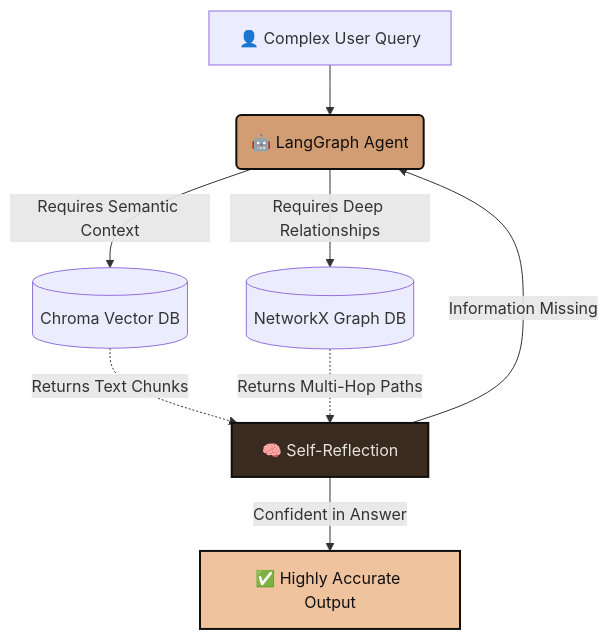
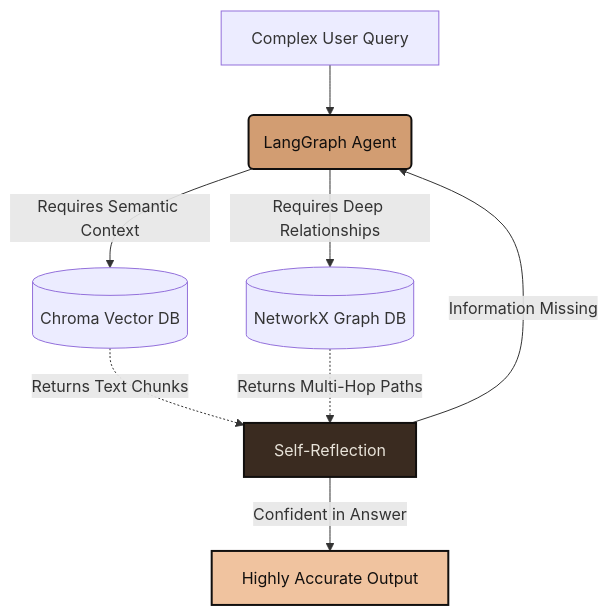
The diagram in docs/src/content/docs/guides/architecture.md (Saaalil/DocRagGraph), drawn with Mermaid before and after one commit.

Commit message:
Strip emojis from Mermaid to prevent MDX plugin corruption

```diff
--- a/docs/src/content/docs/guides/architecture.md
+++ b/docs/src/content/docs/guides/architecture.md
@@ -23,17 +23,17 @@
 <div class="mermaid">
 graph TD
-    A["👤 Complex User Query"] --> B("🤖 LangGraph Agent")
+    A[Complex User Query] --> B(LangGraph Agent)
     
-    B -->|"Requires Semantic Context"| C[("Chroma Vector DB")]
-    B -->|"Requires Deep Relationships"| D[("NetworkX Graph DB")]
+    B -->|Requires Semantic Context| C[(Chroma Vector DB)]
+    B -->|Requires Deep Relationships| D[(NetworkX Graph DB)]
     
-    C -.->|"Returns Text Chunks"| E["🧠 Self-Reflection"]
-    D -.->|"Returns Multi-Hop Paths"| E
+    C -.->|Returns Text Chunks| E[Self-Reflection]
+    D -.->|Returns Multi-Hop Paths| E
     
-    E -->|"Information Missing"| B
-    E -->|"Confident in Answer"| F["✅ Highly Accurate Output"]
+    E -->|Information Missing| B
+    E -->|Confident in Answer| F[Highly Accurate Output]
     
     style B fill:#d29d72,stroke:#110f0e,stroke-width:2px,color:#110f0e
     style F fill:#f0c39f,stroke:#110f0e,stroke-width:2px,color:#110f0e
     style E fill:#3a2b20,stroke:#110f0e,stroke-width:2px,color:#e8e3d9
 </div>
```
